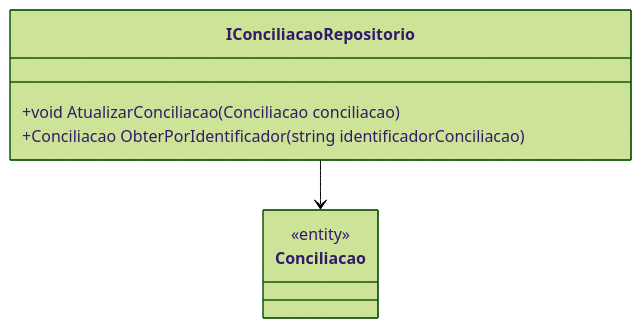
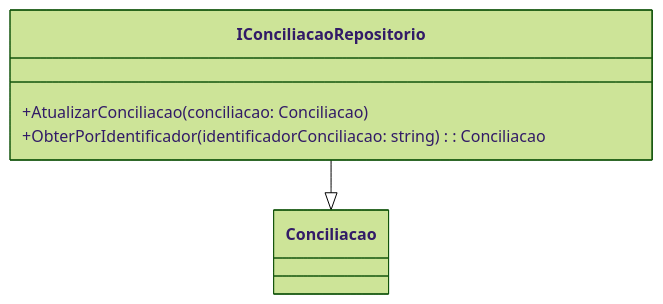
One commit to IsthmusSistemas/documentacao-tecnica changed the diagram in docs/b2b-dominio/IsthmusWinthor.Nucleo/IsthmusWinthor.Dominio/Interfaces/IConciliacaoRepositorio.md. Above: the diagram before and after it, drawn with Mermaid (forest theme). The commit also changed other lines of this file and 882 other files, not shown here.

````diff
--- a/docs/b2b-dominio/IsthmusWinthor.Nucleo/IsthmusWinthor.Dominio/Interfaces/IConciliacaoRepositorio.md
+++ b/docs/b2b-dominio/IsthmusWinthor.Nucleo/IsthmusWinthor.Dominio/Interfaces/IConciliacaoRepositorio.md
@@ -31,11 +34,10 @@
 ```mermaid
 classDiagram
     class IConciliacaoRepositorio {
-      +void AtualizarConciliacao(Conciliacao conciliacao)
-      +Conciliacao ObterPorIdentificador(string identificadorConciliacao)
+        +AtualizarConciliacao(conciliacao: Conciliacao)
+        +ObterPorIdentificador(identificadorConciliacao: string): Conciliacao
     }
-    class Conciliacao {
-      <<entity>>
-    }
-    IConciliacaoRepositorio --> Conciliacao
-```
+    class Conciliacao
+
+    IConciliacaoRepositorio --|> Conciliacao
+``` 
````
